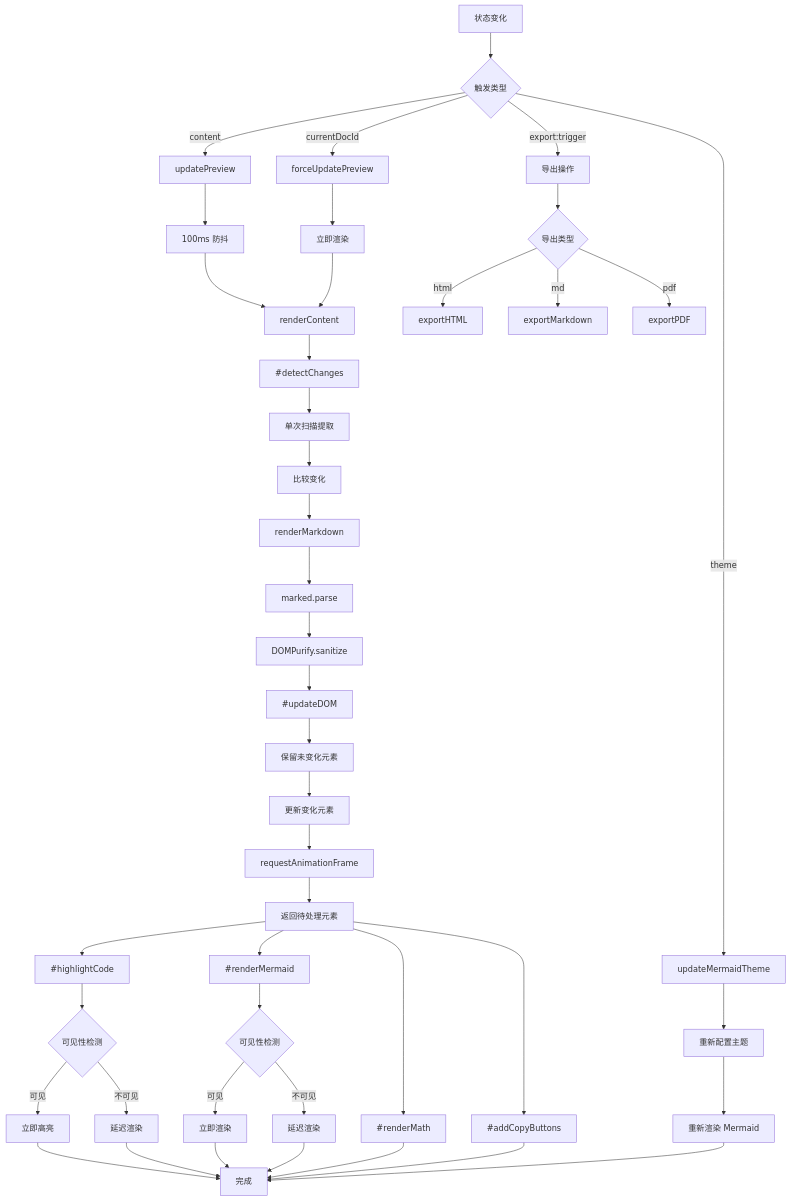
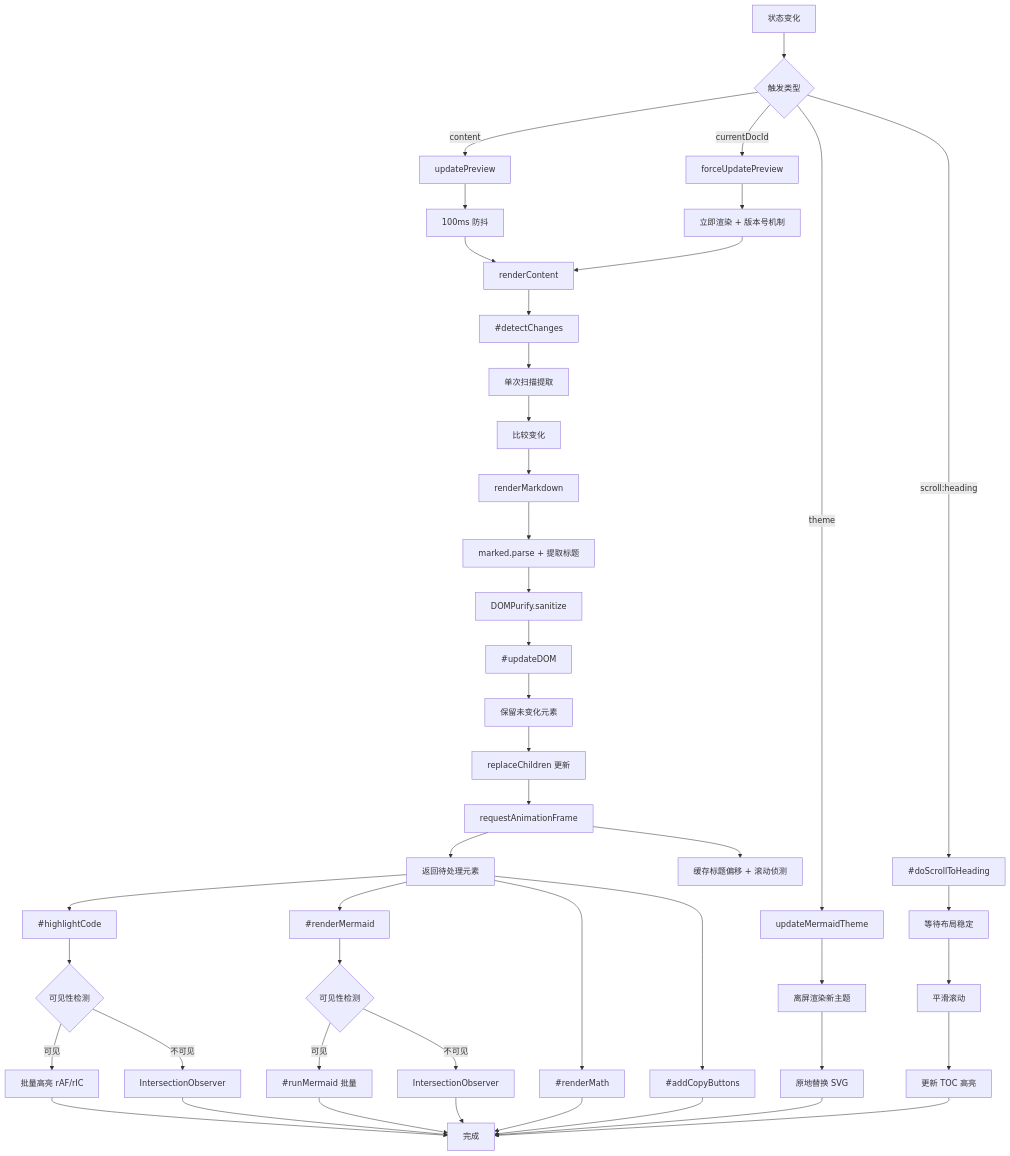
The eighth of 8 diagrams in docs/preview.md (ZCShou/markdown), drawn with Mermaid before and after one commit. The commit also changed other lines of this file and 2 other files, not shown here.

````diff
--- a/docs/preview.md
+++ b/docs/preview.md
@@ -1563,58 +1471,59 @@
 ```mermaid
 graph TD
     A[状态变化] --> B{触发类型}
     
     B -->|content| C[updatePreview]
     B -->|currentDocId| D[forceUpdatePreview]
     B -->|theme| E[updateMermaidTheme]
-    B -->|export:trigger| F[导出操作]
+    B -->|scroll:heading| F[#doScrollToHeading]
     
     C --> G[100ms 防抖]
-    D --> H[立即渲染]
+    D --> H[立即渲染 + 版本号机制]
     G --> I[renderContent]
     H --> I
     
     I --> J[#detectChanges]
     J --> K[单次扫描提取]
     K --> L[比较变化]
     
     L --> M[renderMarkdown]
-    M --> N[marked.parse]
+    M --> N[marked.parse + 提取标题]
     N --> O[DOMPurify.sanitize]
     
     O --> P[#updateDOM]
     P --> Q[保留未变化元素]
-    Q --> R[更新变化元素]
+    Q --> R[replaceChildren 更新]
     
     R --> S[requestAnimationFrame]
-    S --> T[返回待处理元素]
+    S --> T[缓存标题偏移 + 滚动侦测]
+    S --> U[返回待处理元素]
     
-    T --> U[#highlightCode]
-    T --> V[#renderMermaid]
-    T --> W[#renderMath]
-    T --> X[#addCopyButtons]
+    U --> V[#highlightCode]
+    U --> W[#renderMermaid]
+    U --> X[#renderMath]
+    U --> Y[#addCopyButtons]
     
-    U --> Y{可见性检测}
-    Y -->|可见| Z[立即高亮]
-    Y -->|不可见| AA[延迟渲染]
+    V --> Z{可见性检测}
+    Z -->|可见| AA[批量高亮 rAF/rIC]
+    Z -->|不可见| AB[IntersectionObserver]
     
-    V --> AB{可见性检测}
-    AB -->|可见| AC[立即渲染]
-    AB -->|不可见| AD[延迟渲染]
+    W --> AC{可见性检测}
+    AC -->|可见| AD[#runMermaid 批量]
+    AC -->|不可见| AE[IntersectionObserver]
     
-    Z --> AE[完成]
-    AA --> AE
-    AC --> AE
-    AD --> AE
-    W --> AE
-    X --> AE
+    AA --> AF[完成]
+    AB --> AF
+    AD --> AF
+    AE --> AF
+    X --> AF
+    Y --> AF
     
-    E --> AF[重新配置主题]
-    AF --> AG[重新渲染 Mermaid]
-    AG --> AE
+    E --> AG[离屏渲染新主题]
+    AG --> AH[原地替换 SVG]
+    AH --> AF
     
-    F --> AH{导出类型}
-    AH -->|html| AI[exportHTML]
-    AH -->|md| AJ[exportMarkdown]
-    AH -->|pdf| AK[exportPDF]
+    F --> AI[等待布局稳定]
+    AI --> AJ[平滑滚动]
+    AJ --> AK[更新 TOC 高亮]
+    AK --> AF
 ```
````
